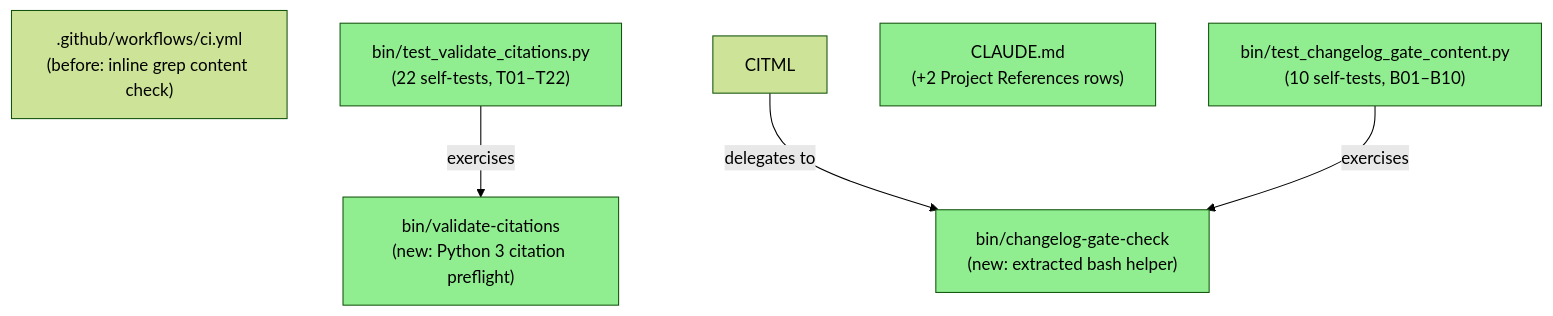
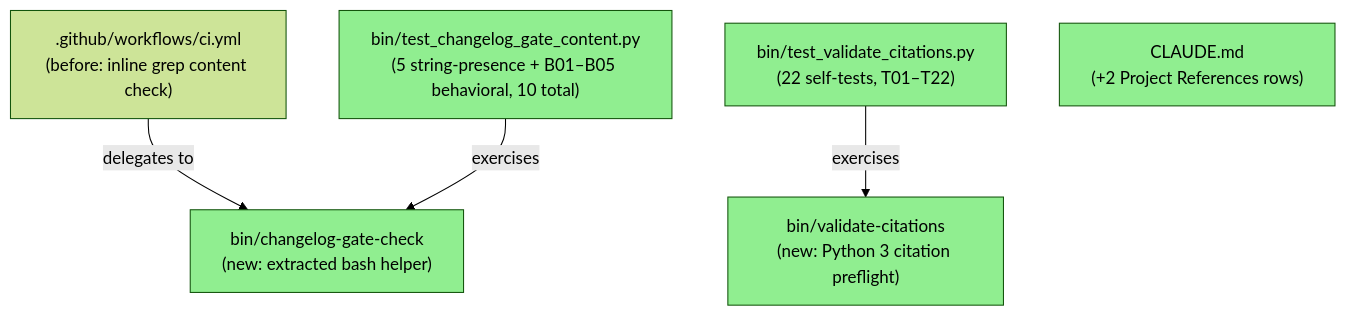
The first of 5 diagrams in code-delivery/STORY-164/pr-description.md (Zious11/wirerust), drawn with Mermaid (forest theme) before and after one commit. The commit also changed other lines of this file and 17 other files, not shown here.

````diff
--- a/code-delivery/STORY-164/pr-description.md
+++ b/code-delivery/STORY-164/pr-description.md
@@ -27,19 +27,19 @@
 ```mermaid
 graph TD
     CIyml[".github/workflows/ci.yml\n(before: inline grep content check)"]
     CGC["bin/changelog-gate-check\n(new: extracted bash helper)"]
     VC["bin/validate-citations\n(new: Python 3 citation preflight)"]
     TESTS_VC["bin/test_validate_citations.py\n(22 self-tests, T01–T22)"]
-    TESTS_CGC["bin/test_changelog_gate_content.py\n(10 self-tests, B01–B10)"]
+    TESTS_CGC["bin/test_changelog_gate_content.py\n(5 string-presence + B01–B05 behavioral, 10 total)"]
     CLAUDE["CLAUDE.md\n(+2 Project References rows)"]
 
-    CITML -->|"delegates to"| CGC
+    CIyml -->|"delegates to"| CGC
     TESTS_CGC -->|"exercises"| CGC
     TESTS_VC -->|"exercises"| VC
 
     style CGC fill:#90EE90
     style VC fill:#90EE90
     style TESTS_VC fill:#90EE90
     style TESTS_CGC fill:#90EE90
     style CLAUDE fill:#90EE90
 ```
````
